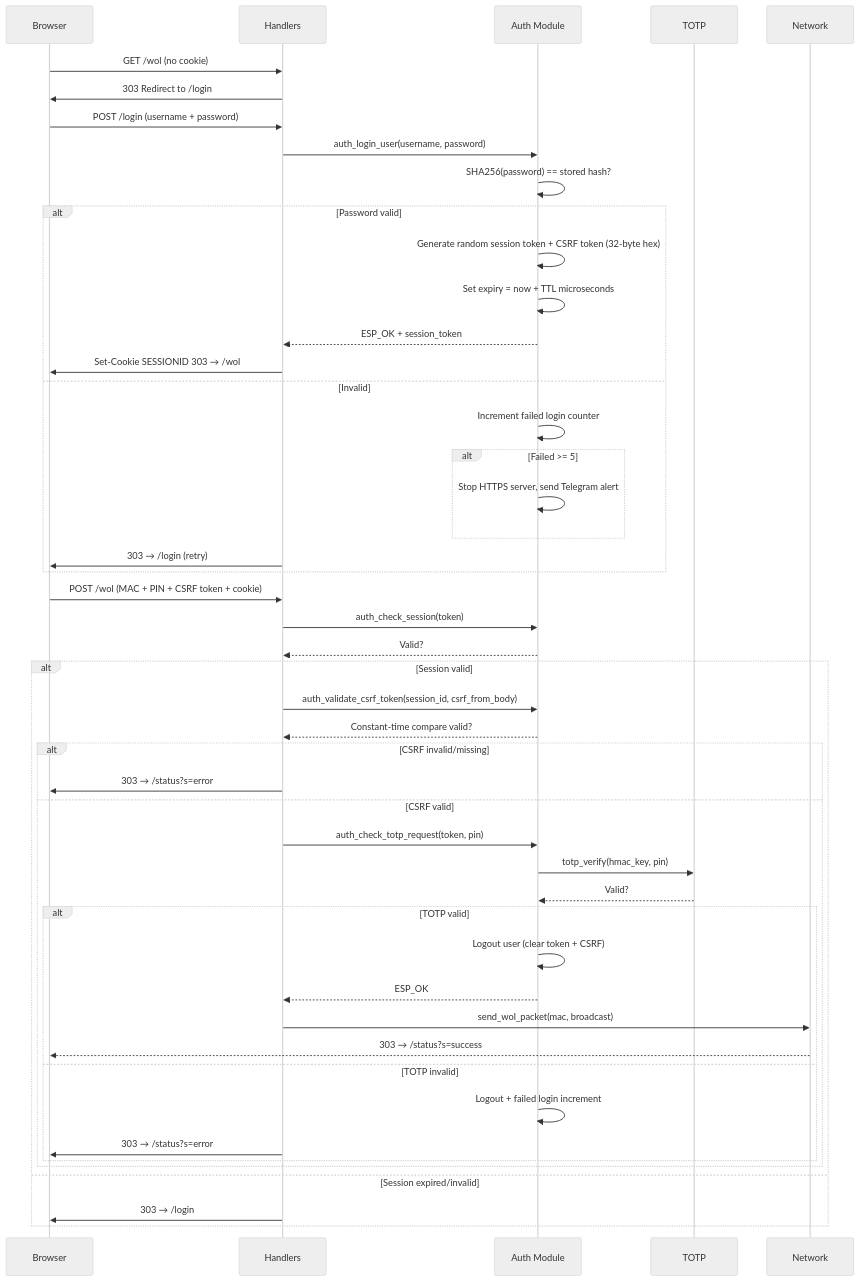
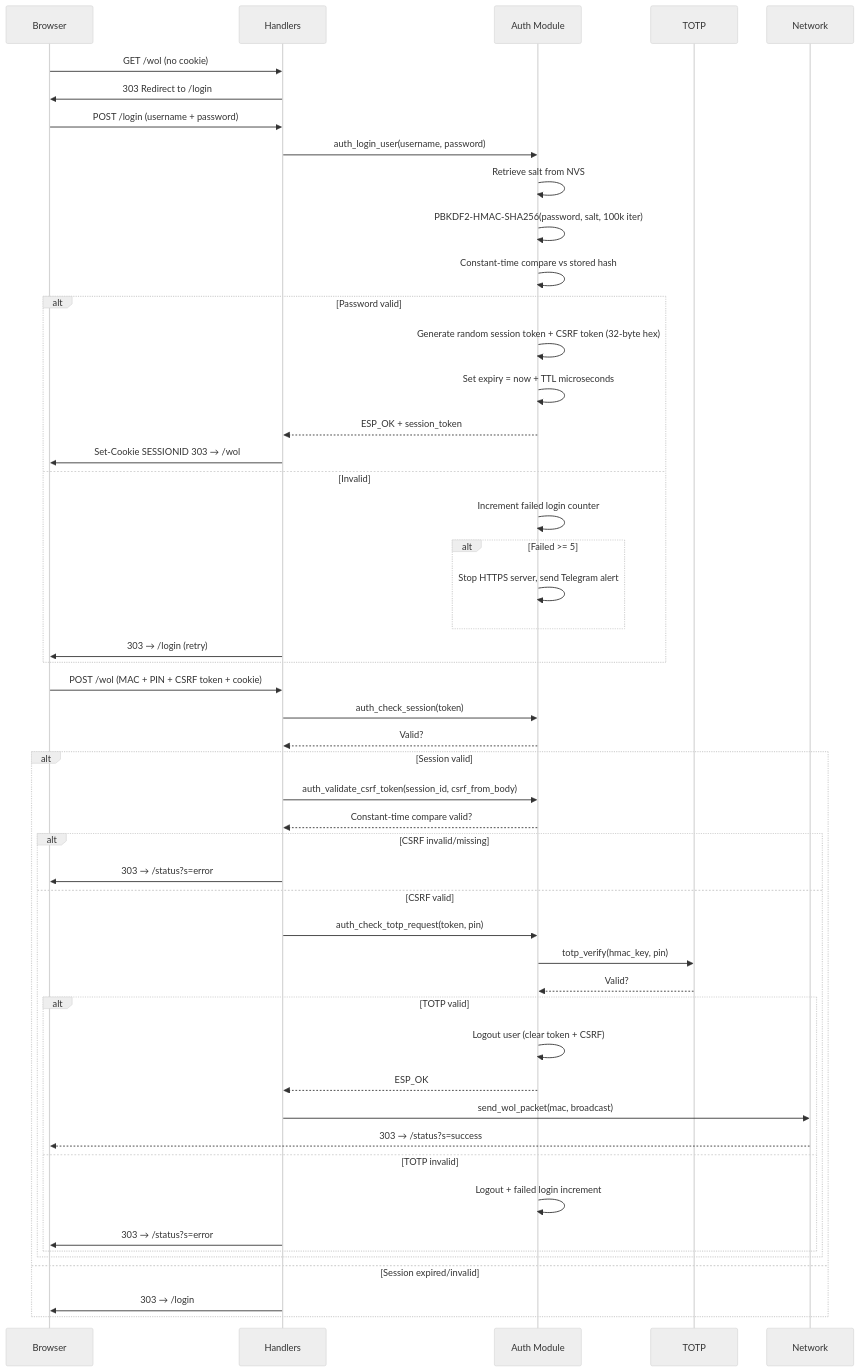
One commit to CenturySturgeon/Esp32WOL changed the second of 8 diagrams in LLMs.md. Above: the diagram before and after it, drawn with Mermaid (neutral theme). The commit also changed other lines of this file and 1 other file, not shown here.

````diff
--- a/LLMs.md
+++ b/LLMs.md
@@ -193,52 +193,54 @@
 ```mermaid
 sequenceDiagram
     participant B as Browser
     participant H as Handlers
     participant A as Auth Module
     participant T as TOTP
     participant N as Network
 
     B->>H: GET /wol (no cookie)
     H->>B: 303 Redirect to /login
     B->>H: POST /login (username + password)
     H->>A: auth_login_user(username, password)
-    A->>A: SHA256(password) == stored hash?
+    A->>A: Retrieve salt from NVS
+    A->>A: PBKDF2-HMAC-SHA256(password, salt, 100k iter)
+    A->>A: Constant-time compare vs stored hash
     alt Password valid
         A->>A: Generate random session token + CSRF token (32-byte hex)
         A->>A: Set expiry = now + TTL microseconds
         A-->>H: ESP_OK + session_token
         H->>B: Set-Cookie SESSIONID 303 → /wol
     else Invalid
         A->>A: Increment failed login counter
         alt Failed >= 5
             A->>A: Stop HTTPS server, send Telegram alert
         end
         H->>B: 303 → /login (retry)
     end
 
     B->>H: POST /wol (MAC + PIN + CSRF token + cookie)
     H->>A: auth_check_session(token)
     A-->>H: Valid?
     alt Session valid
         H->>A: auth_validate_csrf_token(session_id, csrf_from_body)
         A-->>H: Constant-time compare valid?
         alt CSRF invalid/missing
             H->>B: 303 → /status?s=error
         else CSRF valid
             H->>A: auth_check_totp_request(token, pin)
             A->>T: totp_verify(hmac_key, pin)
             T-->>A: Valid?
             alt TOTP valid
                 A->>A: Logout user (clear token + CSRF)
                 A-->>H: ESP_OK
                 H->>N: send_wol_packet(mac, broadcast)
                 N-->>B: 303 → /status?s=success
             else TOTP invalid
                 A->>A: Logout + failed login increment
                 H->>B: 303 → /status?s=error
             end
         end
     else Session expired/invalid
         H->>B: 303 → /login
     end
 ```
````
